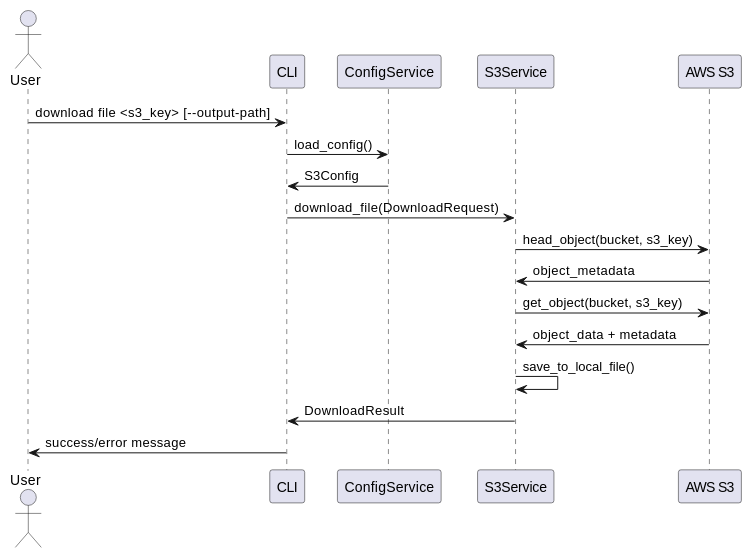
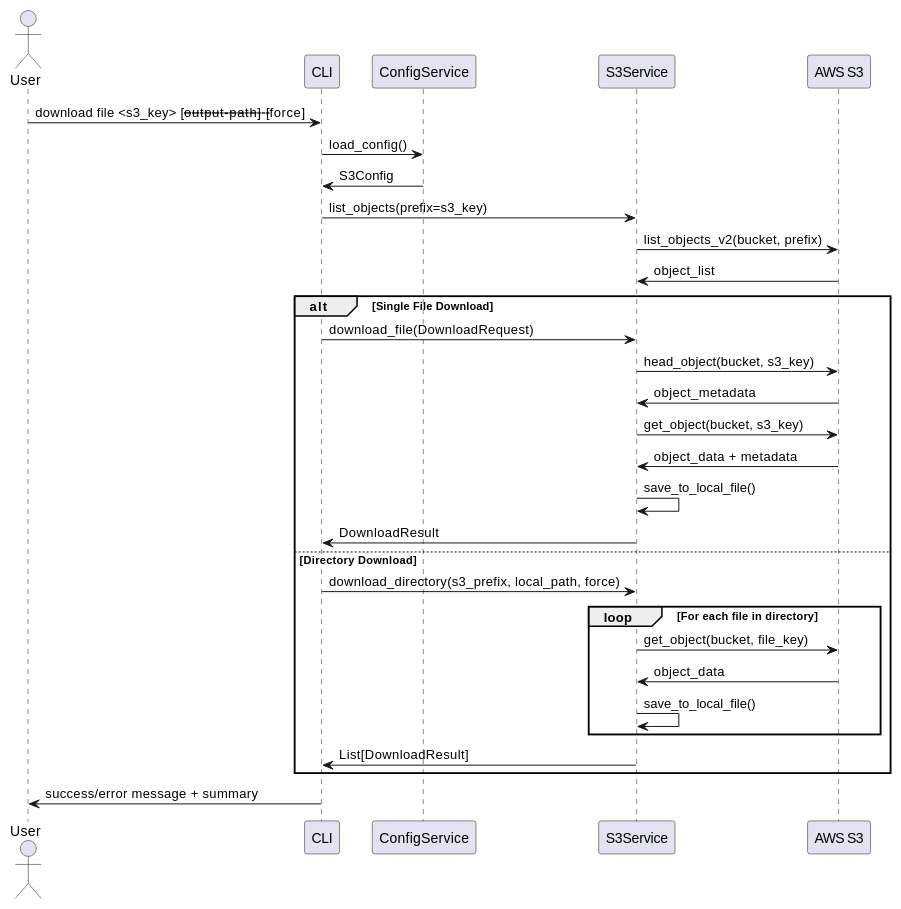
Before and after one commit to FATESAIKOU/CloudStorageSyncer: the second of 4 diagrams in .prompt/02.Issue/03.AddSimpleDownloadAndDelete/01.BasicDesign/01.ProcessFlow.md, drawn with PlantUML. The commit also changed other lines of this file and 9 other files, not shown here.

````diff
--- a/.prompt/02.Issue/03.AddSimpleDownloadAndDelete/01.BasicDesign/01.ProcessFlow.md
+++ b/.prompt/02.Issue/03.AddSimpleDownloadAndDelete/01.BasicDesign/01.ProcessFlow.md
@@ -62,21 +67,36 @@
 ```plantuml
 @startuml
 actor User
 participant CLI
 participant "ConfigService" as Config
 participant "S3Service" as S3
 participant "AWS S3" as AWS
 
-User -> CLI: download file <s3_key> [--output-path]
+User -> CLI: download file <s3_key> [--output-path] [--force]
 CLI -> Config: load_config()
 Config -> CLI: S3Config
-CLI -> S3: download_file(DownloadRequest)
-S3 -> AWS: head_object(bucket, s3_key)
-AWS -> S3: object_metadata
-S3 -> AWS: get_object(bucket, s3_key)
-AWS -> S3: object_data + metadata
-S3 -> S3: save_to_local_file()
-S3 -> CLI: DownloadResult
-CLI -> User: success/error message
+CLI -> S3: list_objects(prefix=s3_key)
+S3 -> AWS: list_objects_v2(bucket, prefix)
+AWS -> S3: object_list
+
+alt Single File Download
+  CLI -> S3: download_file(DownloadRequest)
+  S3 -> AWS: head_object(bucket, s3_key)
+  AWS -> S3: object_metadata
+  S3 -> AWS: get_object(bucket, s3_key)
+  AWS -> S3: object_data + metadata
+  S3 -> S3: save_to_local_file()
+  S3 -> CLI: DownloadResult
+else Directory Download
+  CLI -> S3: download_directory(s3_prefix, local_path, force)
+  loop For each file in directory
+    S3 -> AWS: get_object(bucket, file_key)
+    AWS -> S3: object_data
+    S3 -> S3: save_to_local_file()
+  end
+  S3 -> CLI: List[DownloadResult]
+end
+
+CLI -> User: success/error message + summary
 @enduml
 ```
````
